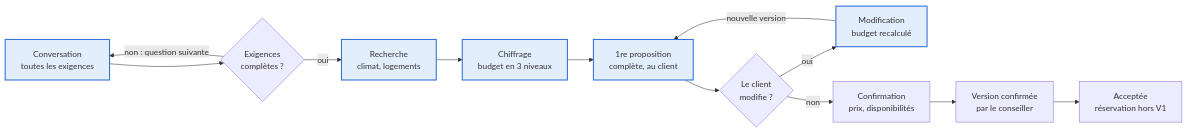
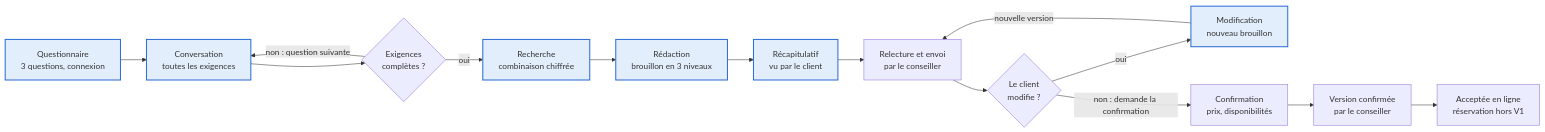
The first of 3 diagrams in cahier-des-charges.md (KJovene/ShortCut), drawn with Mermaid before and after one commit. The commit also changed other lines of this file and 20 other files, not shown here.

````diff
--- a/cahier-des-charges.md
+++ b/cahier-des-charges.md
@@ -196,16 +200,18 @@
 ```mermaid
 flowchart LR
-    %% Le chatbot remet une première proposition chiffrée, le conseiller la confirme
+    %% Le chatbot prépare une première proposition chiffrée, le conseiller l'envoie puis la confirme
+    Q["Questionnaire<br/>3 questions, connexion"]:::ia --> A
     A["Conversation<br/>toutes les exigences"]:::ia --> B{"Exigences<br/>complètes ?"}
     B -- "non : question suivante" --> A
-    B -- oui --> C["Recherche<br/>climat, logements"]:::ia
-    C --> D["Chiffrage<br/>budget en 3 niveaux"]:::ia
-    D --> E["1re proposition<br/>complète, au client"]:::ia
+    B -- oui --> C["Recherche<br/>combinaison chiffrée"]:::ia
+    C --> D["Rédaction<br/>brouillon en 3 niveaux"]:::ia
+    D --> R["Récapitulatif<br/>vu par le client"]:::ia
+    R --> E["Relecture et envoi<br/>par le conseiller"]
     E --> F{"Le client<br/>modifie ?"}
-    F -- oui --> G["Modification<br/>budget recalculé"]:::ia
+    F -- oui --> G["Modification<br/>nouveau brouillon"]:::ia
     G -- nouvelle version --> E
-    F -- non --> H["Confirmation<br/>prix, disponibilités"]
+    F -- "non : demande la confirmation" --> H["Confirmation<br/>prix, disponibilités"]
     H --> I["Version confirmée<br/>par le conseiller"]
-    I --> J["Acceptée<br/>réservation hors V1"]
+    I --> J["Acceptée en ligne<br/>réservation hors V1"]
     classDef ia fill:#e3eefc,stroke:#2f6fd6,stroke-width:2px
 ```
````
